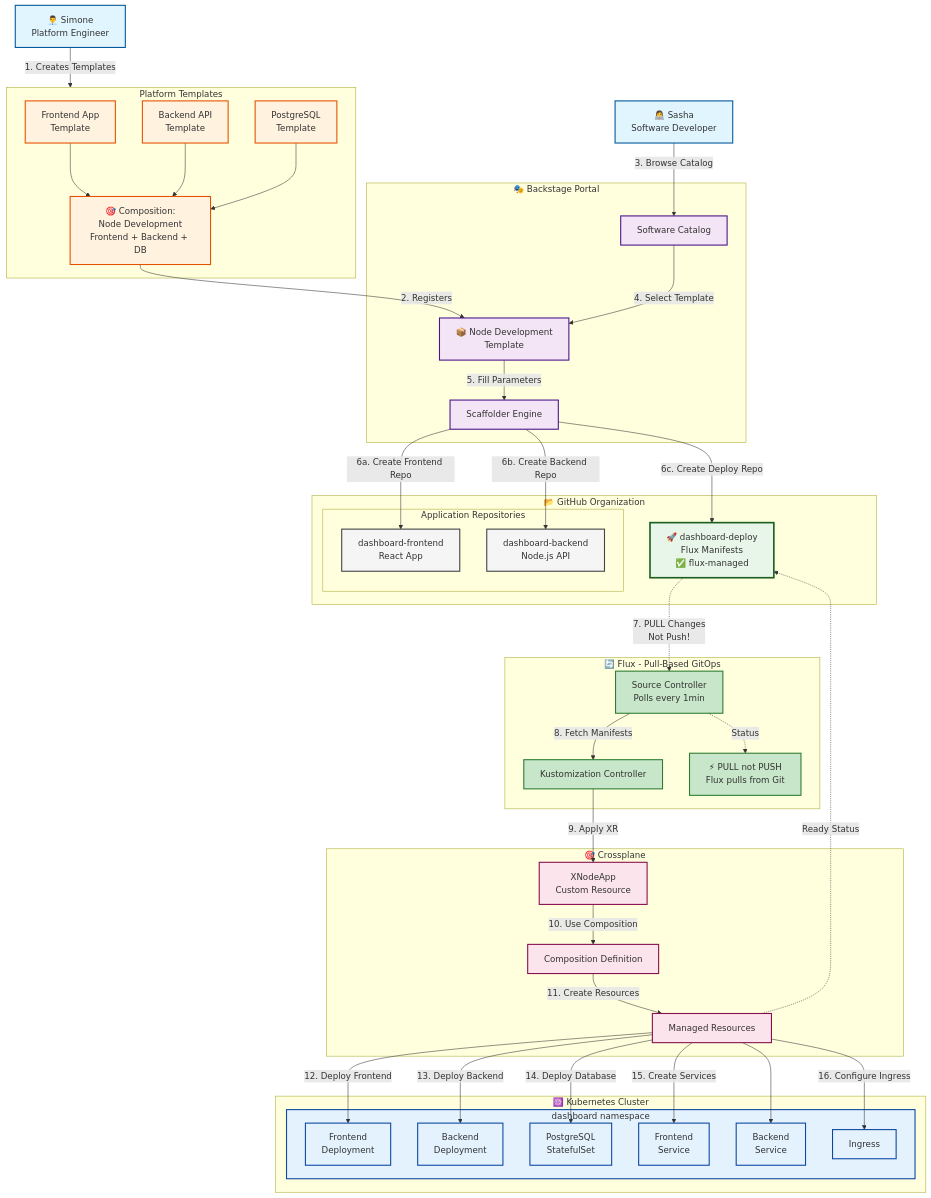
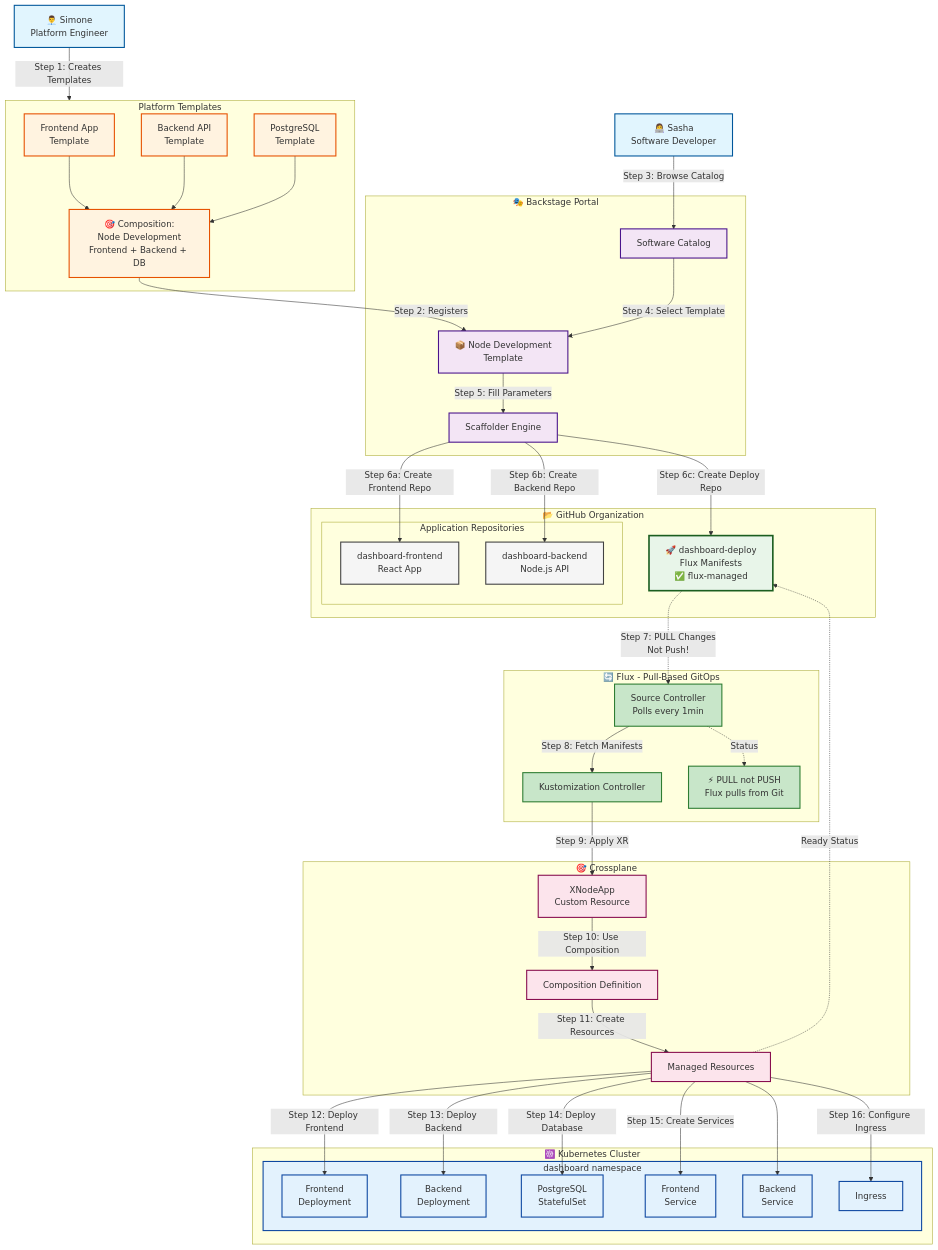
The diagram in docs/architecture/gitops-workflow-diagram.md (open-service-portal/portal-workspace), drawn with Mermaid before and after one commit.

Commit message:
fix: replace numbered lists in Mermaid edge labels
- Change '1.' to 'Step 1:' format to avoid GitHub's markdown parser
- GitHub Mermaid parser incorrectly interprets '1.' as markdown list syntax
- All numbered steps now use 'Step N:' format which renders correctly

```diff
--- a/docs/architecture/gitops-workflow-diagram.md
+++ b/docs/architecture/gitops-workflow-diagram.md
@@ -65,34 +65,34 @@
     end
     
     %% Simone's Flow (Platform Engineering)
-    Simone -->|"1. Creates Templates"| Templates
+    Simone -->|"Step 1: Creates Templates"| Templates
     FrontendTpl --> Composition
     BackendTpl --> Composition
     PostgresTpl --> Composition
-    Composition -->|"2. Registers"| NodeTemplate
+    Composition -->|"Step 2: Registers"| NodeTemplate
     
     %% Sasha's Flow (Developer Experience)
-    Sasha -->|"3. Browse Catalog"| Catalog
-    Catalog -->|"4. Select Template"| NodeTemplate
-    NodeTemplate -->|"5. Fill Parameters"| Scaffolder
-    Scaffolder -->|"6a. Create Frontend Repo"| FrontendRepo
-    Scaffolder -->|"6b. Create Backend Repo"| BackendRepo
-    Scaffolder -->|"6c. Create Deploy Repo"| DeployRepo
+    Sasha -->|"Step 3: Browse Catalog"| Catalog
+    Catalog -->|"Step 4: Select Template"| NodeTemplate
+    NodeTemplate -->|"Step 5: Fill Parameters"| Scaffolder
+    Scaffolder -->|"Step 6a: Create Frontend Repo"| FrontendRepo
+    Scaffolder -->|"Step 6b: Create Backend Repo"| BackendRepo
+    Scaffolder -->|"Step 6c: Create Deploy Repo"| DeployRepo
     
     %% GitOps Pull Flow
-    DeployRepo -.->|"7. PULL Changes<br/>Not Push!"| GitController
-    GitController -->|"8. Fetch Manifests"| Kustomization
-    Kustomization -->|"9. Apply XR"| XRD
+    DeployRepo -.->|"Step 7: PULL Changes<br/>Not Push!"| GitController
+    GitController -->|"Step 8: Fetch Manifests"| Kustomization
+    Kustomization -->|"Step 9: Apply XR"| XRD
     
     %% Crossplane Provisioning
-    XRD -->|"10. Use Composition"| CompDef
-    CompDef -->|"11. Create Resources"| Resources
-    Resources -->|"12. Deploy Frontend"| Frontend
-    Resources -->|"13. Deploy Backend"| Backend
-    Resources -->|"14. Deploy Database"| Postgres
-    Resources -->|"15. Create Services"| Service1
+    XRD -->|"Step 10: Use Composition"| CompDef
+    CompDef -->|"Step 11: Create Resources"| Resources
+    Resources -->|"Step 12: Deploy Frontend"| Frontend
+    Resources -->|"Step 13: Deploy Backend"| Backend
+    Resources -->|"Step 14: Deploy Database"| Postgres
+    Resources -->|"Step 15: Create Services"| Service1
     Resources --> Service2
-    Resources -->|"16. Configure Ingress"| Ingress
+    Resources -->|"Step 16: Configure Ingress"| Ingress
     
     %% Feedback Loop
     GitController -.->|"Status"| Note
```
